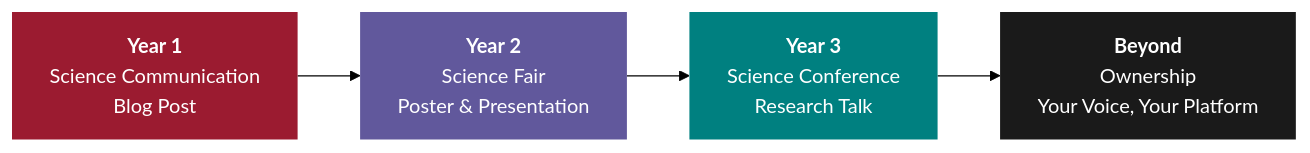
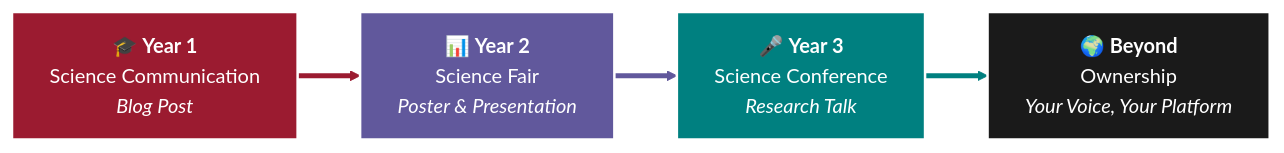
One commit to LittleMonkeyLab/PS51009D_blog changed the diagram in slides-why-scicomm.qmd. Above: the diagram before and after it, drawn with Mermaid (forest theme). The commit also changed other lines of this file and 6 other files, not shown here.

````diff
--- a/slides-why-scicomm.qmd
+++ b/slides-why-scicomm.qmd
@@ -480,12 +480,16 @@
 ```{mermaid}
-%%| fig-width: 9
+%%| fig-width: 10
 flowchart LR
-    A["<b>Year 1</b><br>Science Communication<br>Blog Post"] --> B["<b>Year 2</b><br>Science Fair<br>Poster & Presentation"]
-    B --> C["<b>Year 3</b><br>Science Conference<br>Research Talk"]
-    C --> D["<b>Beyond</b><br>Ownership<br>Your Voice, Your Platform"]
+    A["🎓 <b>Year 1</b><br>Science Communication<br><i>Blog Post</i>"] ==> B["📊 <b>Year 2</b><br>Science Fair<br><i>Poster & Presentation</i>"]
+    B ==> C["🎤 <b>Year 3</b><br>Science Conference<br><i>Research Talk</i>"]
+    C ==> D["🌍 <b>Beyond</b><br>Ownership<br><i>Your Voice, Your Platform</i>"]
 
-    style A fill:#9B1B30,color:#fff,stroke:none
-    style B fill:#61589C,color:#fff,stroke:none
-    style C fill:#008080,color:#fff,stroke:none
-    style D fill:#1a1a1a,color:#fff,stroke:none
+    style A fill:#9B1B30,color:#fff,stroke:#fff,stroke-width:2px
+    style B fill:#61589C,color:#fff,stroke:#fff,stroke-width:2px
+    style C fill:#008080,color:#fff,stroke:#fff,stroke-width:2px
+    style D fill:#1a1a1a,color:#fff,stroke:#fff,stroke-width:2px
+
+    linkStyle 0 stroke:#9B1B30,stroke-width:4px
+    linkStyle 1 stroke:#61589C,stroke-width:4px
+    linkStyle 2 stroke:#008080,stroke-width:4px
 ```
````
